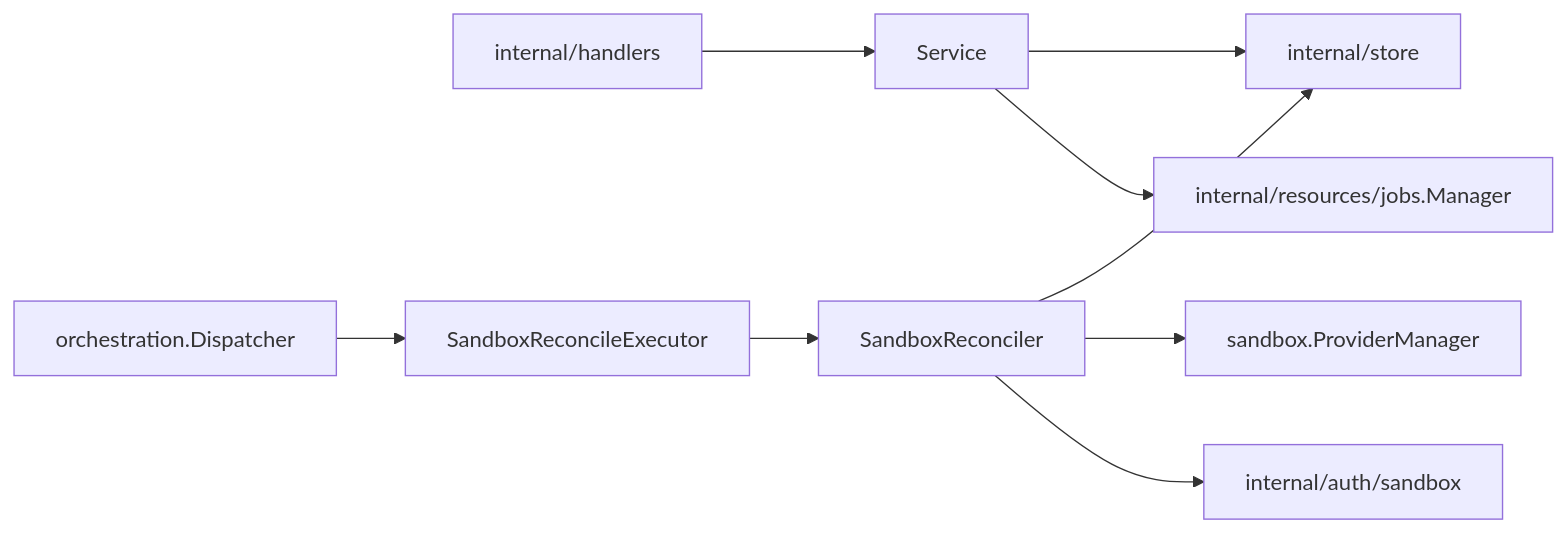
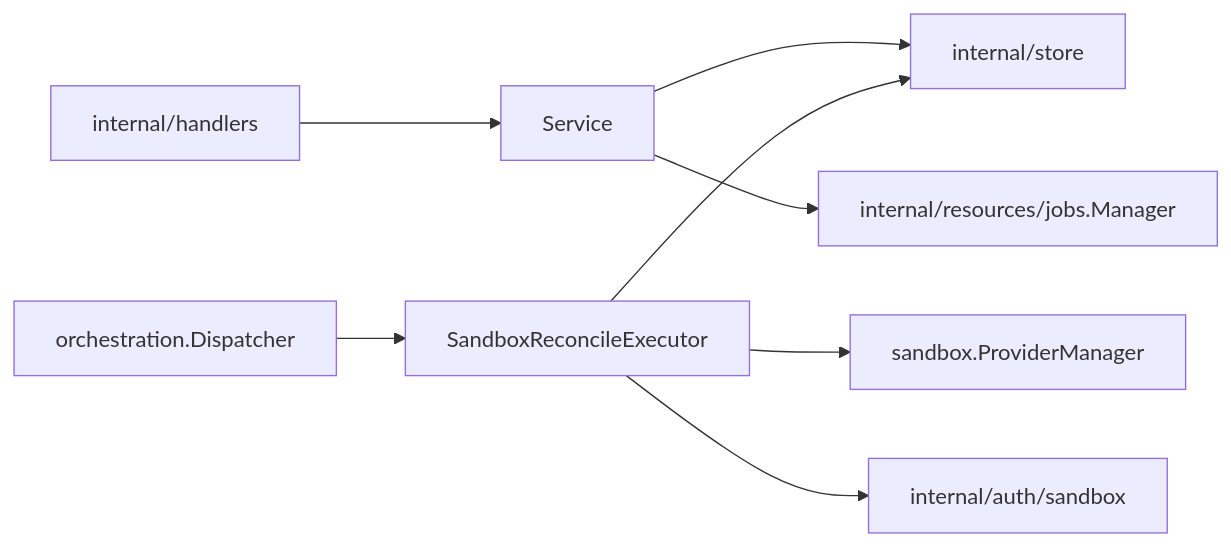
Before and after one commit to discobox-ai/discobox: the diagram in server/internal/resources/sandboxes/DESIGN.md, drawn with Mermaid. The commit also changed other lines of this file and 50 other files, not shown here.

````diff
--- a/server/internal/resources/sandboxes/DESIGN.md
+++ b/server/internal/resources/sandboxes/DESIGN.md
@@ -9,11 +9,10 @@
 ```mermaid
 flowchart LR
     api[internal/handlers] --> service[Service]
     service --> store[internal/store]
     service --> jobs[internal/resources/jobs.Manager]
     dispatcher[orchestration.Dispatcher] --> executor[SandboxReconcileExecutor]
-    executor --> reconciler[SandboxReconciler]
-    reconciler --> store
-    reconciler --> providers[sandbox.ProviderManager]
-    reconciler --> auth[internal/auth/sandbox]
+    executor --> store
+    executor --> providers[sandbox.ProviderManager]
+    executor --> auth[internal/auth/sandbox]
 ```
````
